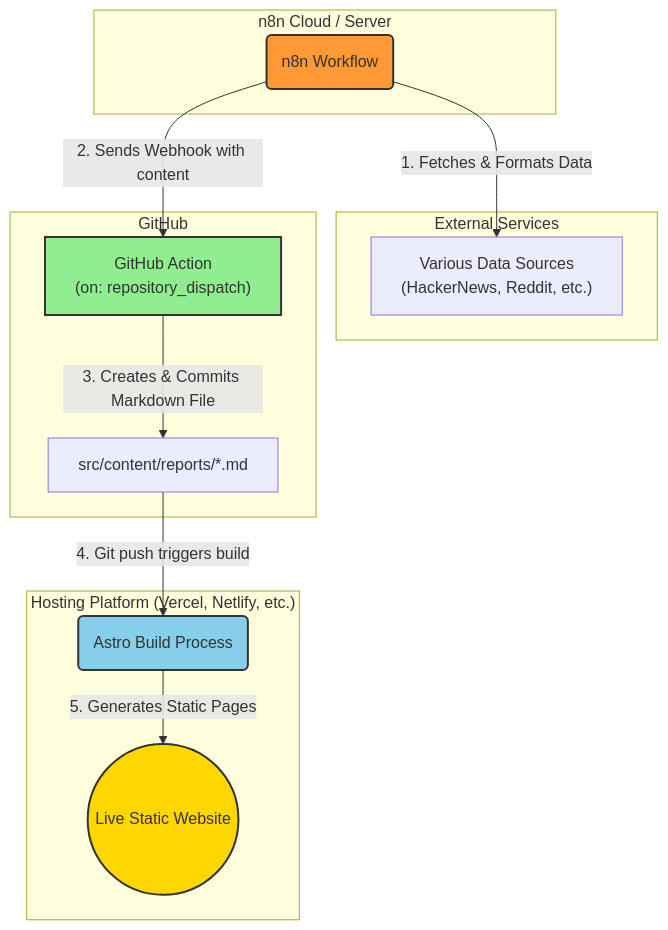
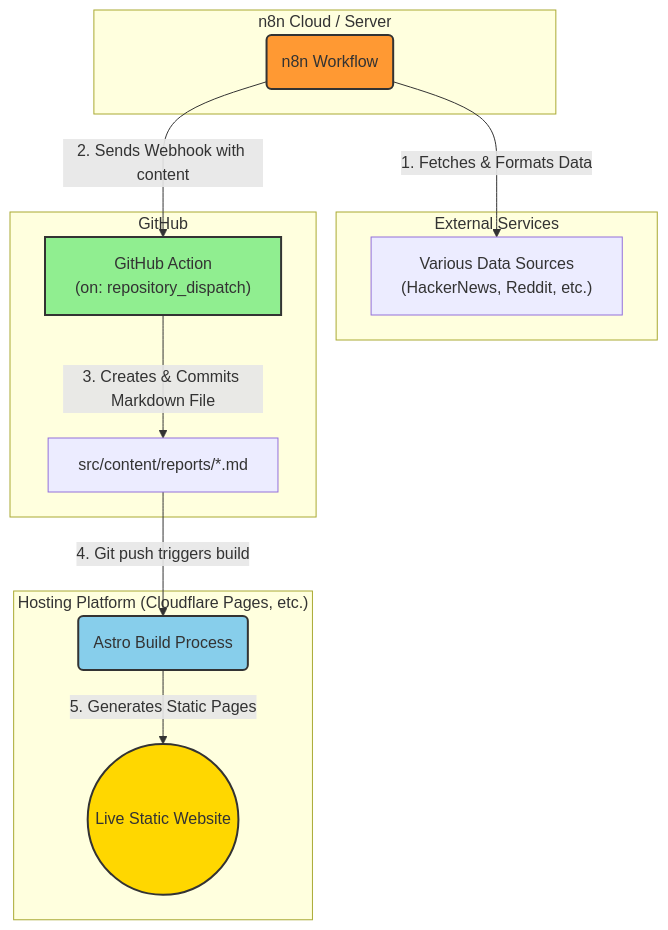
Before and after one commit to Rarestq/n8n-driven-content-hub: the diagram in README.md, drawn with Mermaid.

Commit message:
docs: Update hosting platform reference in README.md to Cloudflare Pages

````diff
--- a/README.md
+++ b/README.md
@@ -12,32 +12,32 @@
 ```mermaid
 graph TD
     subgraph "External Services"
         A["Various Data Sources <br/>(HackerNews, Reddit, etc.)"]
     end
 
     subgraph "n8n Cloud / Server"
         B(n8n Workflow)
         B -- "1. Fetches & Formats Data" --> A
     end
 
     subgraph "GitHub"
         D["GitHub Action <br/> (on: repository_dispatch)"]
         E[src/content/reports/*.md]
         D -- "3. Creates & Commits Markdown File" --> E
     end
     
-    subgraph "Hosting Platform (Vercel, Netlify, etc.)"
+    subgraph "Hosting Platform (Cloudflare Pages, etc.)"
         F(Astro Build Process)
         G((Live Static Website))
     end
 
     B -- "2. Sends Webhook with content" --> D
     E -- "4. Git push triggers build" --> F
     F -- "5. Generates Static Pages" --> G
 
     %% Styling
     style B fill:#FF9933,stroke:#333,stroke-width:2px
     style D fill:#90EE90,stroke:#333,stroke-width:2px
     style F fill:#87CEEB,stroke:#333,stroke-width:2px
     style G fill:#FFD700,stroke:#333,stroke-width:2px
 ```
````
